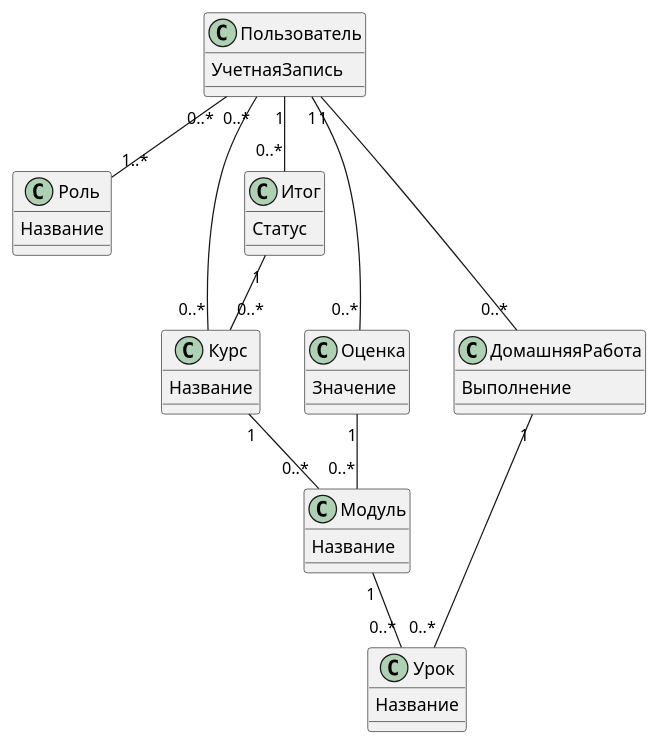
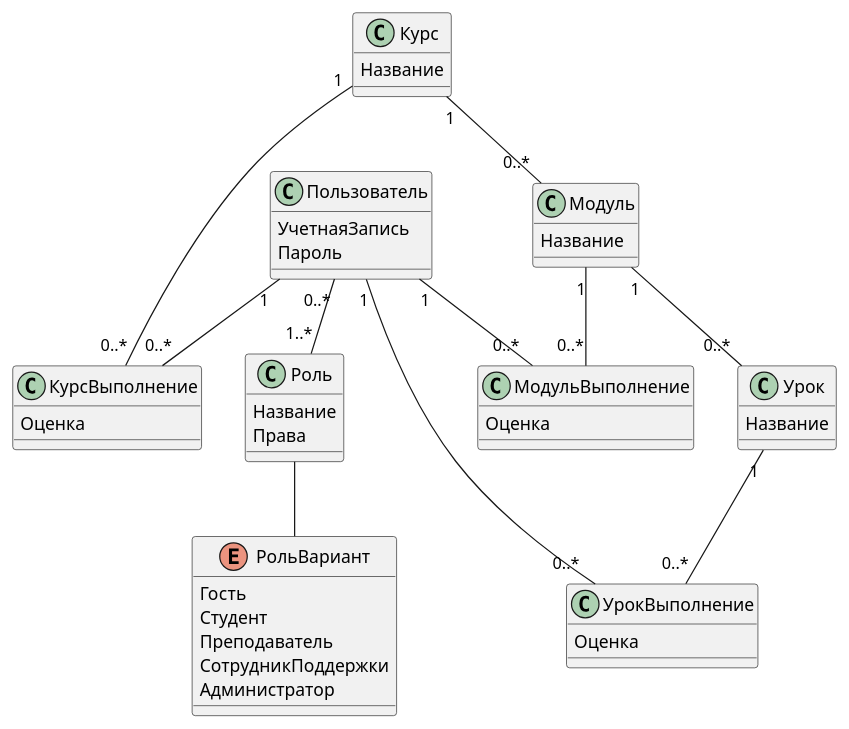
One commit to karpoftea/mts-kata-2023 changed the first of 3 diagrams in docs/domain/model.md. Above: the diagram before and after it, drawn with PlantUML. The commit also changed other lines of this file and 1 other file, not shown here.

Commit message:
Доработал понятия, модель предметной области

````diff
--- a/docs/domain/model.md
+++ b/docs/domain/model.md
@@ -10,63 +10,74 @@
 ```plantuml
 @startuml
 ' Логическая модель данных в варианте UML Class Diagram (альтернатива ER-диаграмме).
 
 top to bottom direction
 
 Пользователь "0..*" -- "1..*" Роль
-Пользователь "0..*" -- "0..*" Курс
+Роль -- РольВариант
 
 class Пользователь
     {
         УчетнаяЗапись
+        Пароль
     }
 
 class Роль
     {
         Название
+        Права
     }
 
-Пользователь "1" -- "0..*" Оценка
-Оценка "1" -- "0..*" Модуль
-
-class Оценка
+enum РольВариант
     {
-        Значение
+        Гость
+        Студент
+        Преподаватель
+        СотрудникПоддержки
+        Администратор
     }
 
-Пользователь "1" -- "0..*" Итог
-Итог "1" -- "0..*" Курс
+Пользователь "1" -- "0..*" МодульВыполнение
+Модуль "1" -- "0..*" МодульВыполнение
 
-class Итог
+class МодульВыполнение
     {
-        Статус
+        Оценка
     }
 
-Пользователь "1" -- "0..*" ДомашняяРабота
-ДомашняяРабота "1" -- "0..*" Урок
+Пользователь "1" -- "0..*" КурсВыполнение
+Курс "1" -- "0..*" КурсВыполнение
 
-class ДомашняяРабота 
+class КурсВыполнение
     {
-        Выполнение
+        Оценка
+    }
+
+Пользователь "1" -- "0..*" УрокВыполнение
+Урок "1" -- "0..*" УрокВыполнение
+
+class УрокВыполнение 
+    {
+        Оценка
     }
 
 Курс "1" -- "0..*" Модуль
 Модуль "1" -- "0..*" Урок
 
 class Курс
     {
         Название
     }
 
 class Модуль
     {
         Название
     }
 
 class Урок
     {
         Название
     }
 
 @enduml
 ```
````
